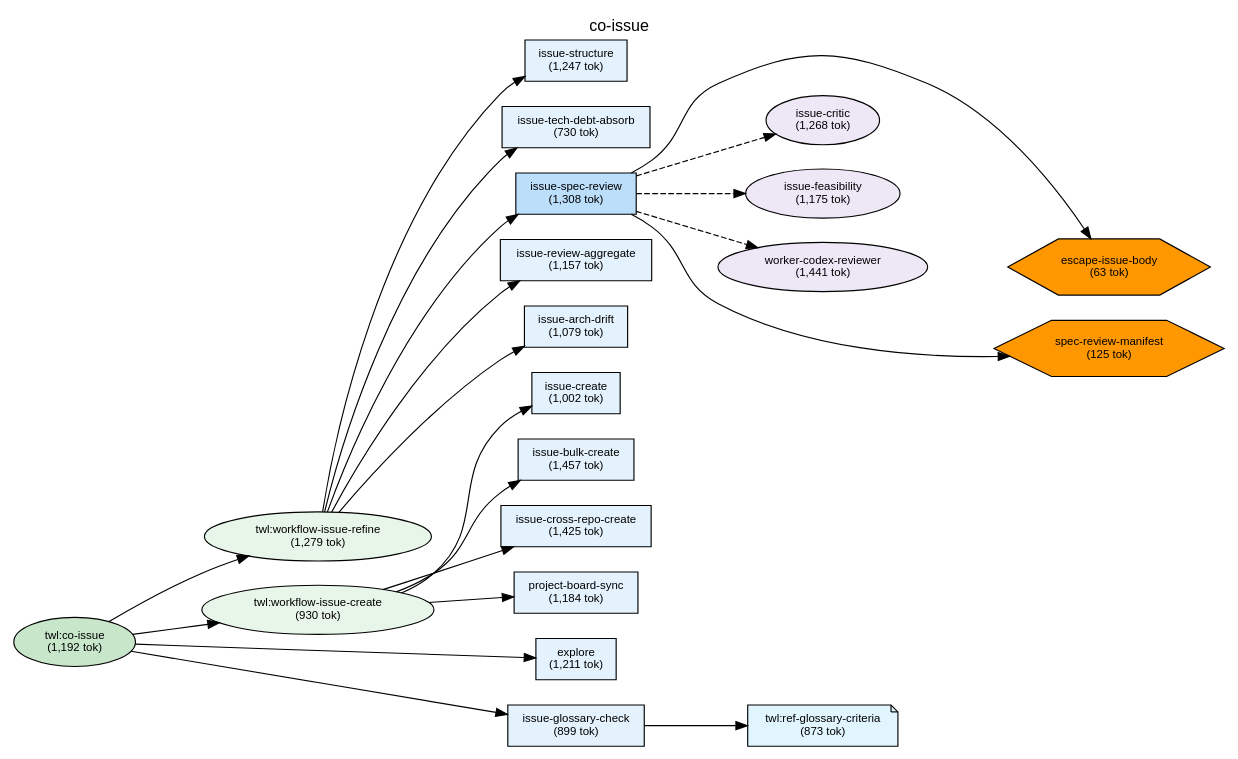
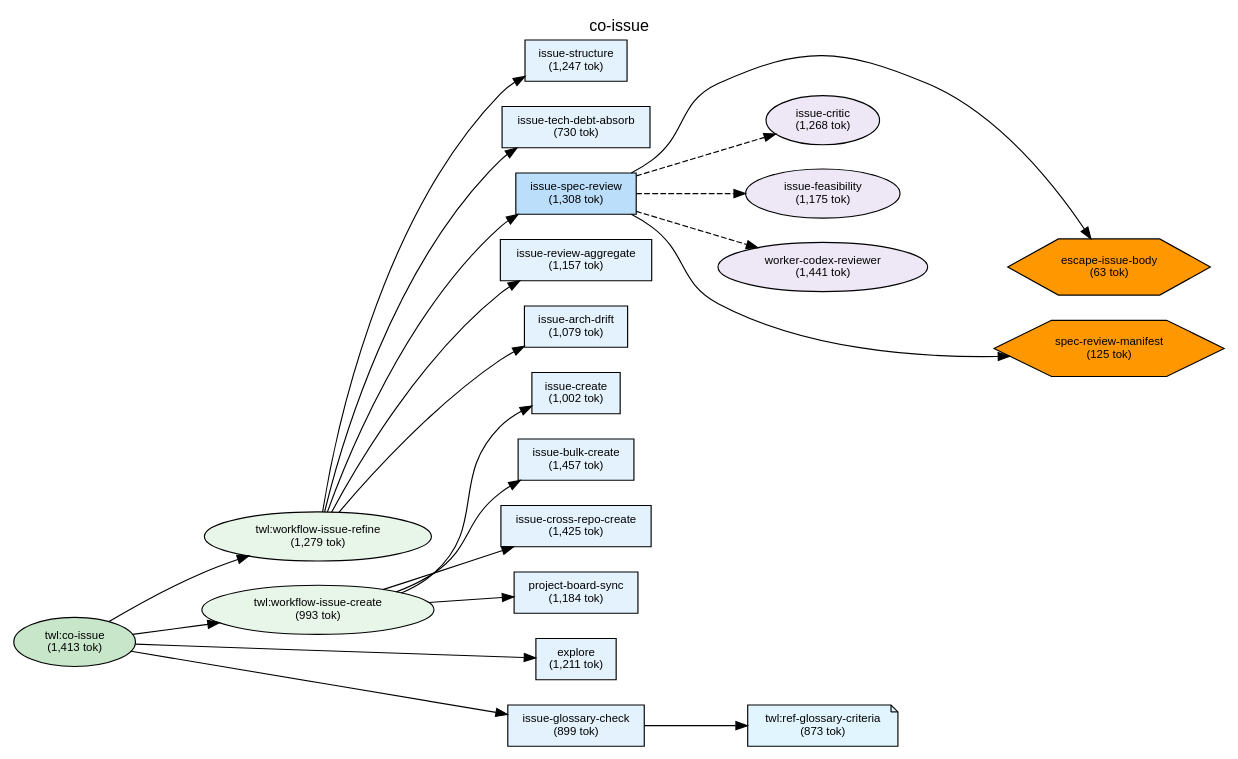
The diagram in plugins/twl/docs/deps-co-issue.dot (shuu5/twill), drawn with Graphviz before and after one commit. The commit also changed 21 other files, not shown here.

```diff
--- a/plugins/twl/docs/deps-co-issue.dot
+++ b/plugins/twl/docs/deps-co-issue.dot
@@ -1,96 +1,96 @@
 digraph Dependencies {
     // Graph settings
     rankdir=LR;
     ranksep=0.8;
     nodesep=0.3;
     fontname="Helvetica";
     node [fontname="Helvetica", fontsize=10];
     edge [fontname="Helvetica", fontsize=9];
     label="co-issue";
     labelloc=t;
     fontsize=14;
 
     // L0: Controller Skills
-    skill_co_issue [label="twl:co-issue\n(1,192 tok)", shape=ellipse, style=filled, fillcolor="#c8e6c9"];
+    skill_co_issue [label="twl:co-issue\n(1,413 tok)", shape=ellipse, style=filled, fillcolor="#c8e6c9"];
 
     // L0: Launchers
 
     // L0.5: Workflow Skills
     skill_workflow_issue_refine [label="twl:workflow-issue-refine\n(1,279 tok)", shape=ellipse, style=filled, fillcolor="#e8f5e9"];
-    skill_workflow_issue_create [label="twl:workflow-issue-create\n(930 tok)", shape=ellipse, style=filled, fillcolor="#e8f5e9"];
+    skill_workflow_issue_create [label="twl:workflow-issue-create\n(993 tok)", shape=ellipse, style=filled, fillcolor="#e8f5e9"];
 
     // Reference Skills
     skill_ref_glossary_criteria [label="twl:ref-glossary-criteria\n(873 tok)", shape=note, style=filled, fillcolor="#e1f5fe"];
 
     // L1: Direct Commands
     cmd_issue_structure [label="issue-structure\n(1,247 tok)", shape=box, style=filled, fillcolor="#e3f2fd"];
     cmd_issue_create [label="issue-create\n(1,002 tok)", shape=box, style=filled, fillcolor="#e3f2fd"];
     cmd_issue_bulk_create [label="issue-bulk-create\n(1,457 tok)", shape=box, style=filled, fillcolor="#e3f2fd"];
     cmd_issue_tech_debt_absorb [label="issue-tech-debt-absorb\n(730 tok)", shape=box, style=filled, fillcolor="#e3f2fd"];
     cmd_issue_spec_review [label="issue-spec-review\n(1,308 tok)", shape=box, style=filled, fillcolor="#bbdefb"];
     cmd_issue_review_aggregate [label="issue-review-aggregate\n(1,157 tok)", shape=box, style=filled, fillcolor="#e3f2fd"];
     cmd_issue_glossary_check [label="issue-glossary-check\n(899 tok)", shape=box, style=filled, fillcolor="#e3f2fd"];
     cmd_issue_arch_drift [label="issue-arch-drift\n(1,079 tok)", shape=box, style=filled, fillcolor="#e3f2fd"];
     cmd_issue_cross_repo_create [label="issue-cross-repo-create\n(1,425 tok)", shape=box, style=filled, fillcolor="#e3f2fd"];
     cmd_project_board_sync [label="project-board-sync\n(1,184 tok)", shape=box, style=filled, fillcolor="#e3f2fd"];
     cmd_explore [label="explore\n(1,211 tok)", shape=box, style=filled, fillcolor="#e3f2fd"];
 
     // L2: Sub Commands
 
     // L3: Agents
     agent_issue_critic [label="issue-critic\n(1,268 tok)", shape=ellipse, style=filled, fillcolor="#ede7f6"];
     agent_issue_feasibility [label="issue-feasibility\n(1,175 tok)", shape=ellipse, style=filled, fillcolor="#ede7f6"];
     agent_worker_codex_reviewer [label="worker-codex-reviewer\n(1,441 tok)", shape=ellipse, style=filled, fillcolor="#ede7f6"];
 
     // L3.5: Scripts
     script_escape_issue_body [label="escape-issue-body\n(63 tok)", shape=hexagon, style=filled, fillcolor="#FF9800"];
     script_spec_review_manifest [label="spec-review-manifest\n(125 tok)", shape=hexagon, style=filled, fillcolor="#FF9800"];
 
     // L4: External
 
     // Layer constraints
     { rank=same; skill_co_issue; }
     { rank=same; skill_workflow_issue_refine; skill_workflow_issue_create; }
     { rank=same; skill_ref_glossary_criteria; }
     { rank=same; cmd_issue_structure; cmd_issue_create; cmd_issue_bulk_create; cmd_issue_tech_debt_absorb; cmd_issue_spec_review; cmd_issue_review_aggregate; cmd_issue_glossary_check; cmd_issue_arch_drift; cmd_issue_cross_repo_create; cmd_project_board_sync; cmd_explore; }
     { rank=same; agent_issue_critic; agent_issue_feasibility; agent_worker_codex_reviewer; }
     { rank=same; script_escape_issue_body; script_spec_review_manifest; }
 
     // Edges
     skill_co_issue -> cmd_explore;
     skill_co_issue -> cmd_issue_glossary_check;
     skill_co_issue -> skill_workflow_issue_refine;
     skill_co_issue -> skill_workflow_issue_create;
     skill_workflow_issue_refine -> cmd_issue_structure;
     skill_workflow_issue_refine -> cmd_issue_tech_debt_absorb;
     skill_workflow_issue_refine -> cmd_issue_spec_review;
     skill_workflow_issue_refine -> cmd_issue_review_aggregate;
     skill_workflow_issue_refine -> cmd_issue_arch_drift;
     skill_workflow_issue_create -> cmd_issue_create;
     skill_workflow_issue_create -> cmd_issue_bulk_create;
     skill_workflow_issue_create -> cmd_issue_cross_repo_create;
     skill_workflow_issue_create -> cmd_project_board_sync;
     cmd_issue_spec_review -> agent_issue_critic [style=dashed];
     cmd_issue_spec_review -> agent_issue_feasibility [style=dashed];
     cmd_issue_spec_review -> agent_worker_codex_reviewer [style=dashed];
     cmd_issue_spec_review -> script_escape_issue_body;
     cmd_issue_spec_review -> script_spec_review_manifest;
     cmd_issue_glossary_check -> skill_ref_glossary_criteria;
 
     // Ordering constraints (invisible edges)
     cmd_explore -> cmd_issue_glossary_check [style=invis, weight=10];
     cmd_issue_glossary_check -> skill_workflow_issue_refine [style=invis, weight=10];
     skill_workflow_issue_refine -> skill_workflow_issue_create [style=invis, weight=10];
     cmd_issue_structure -> cmd_issue_tech_debt_absorb [style=invis, weight=10];
     cmd_issue_tech_debt_absorb -> cmd_issue_spec_review [style=invis, weight=10];
     cmd_issue_spec_review -> cmd_issue_review_aggregate [style=invis, weight=10];
     cmd_issue_review_aggregate -> cmd_issue_arch_drift [style=invis, weight=10];
     cmd_issue_create -> cmd_issue_bulk_create [style=invis, weight=10];
     cmd_issue_bulk_create -> cmd_issue_cross_repo_create [style=invis, weight=10];
     cmd_issue_cross_repo_create -> cmd_project_board_sync [style=invis, weight=10];
     agent_issue_critic -> agent_issue_feasibility [style=invis, weight=10];
     agent_issue_feasibility -> agent_worker_codex_reviewer [style=invis, weight=10];
     agent_worker_codex_reviewer -> script_escape_issue_body [style=invis, weight=10];
     script_escape_issue_body -> script_spec_review_manifest [style=invis, weight=10];
 
 }
```
